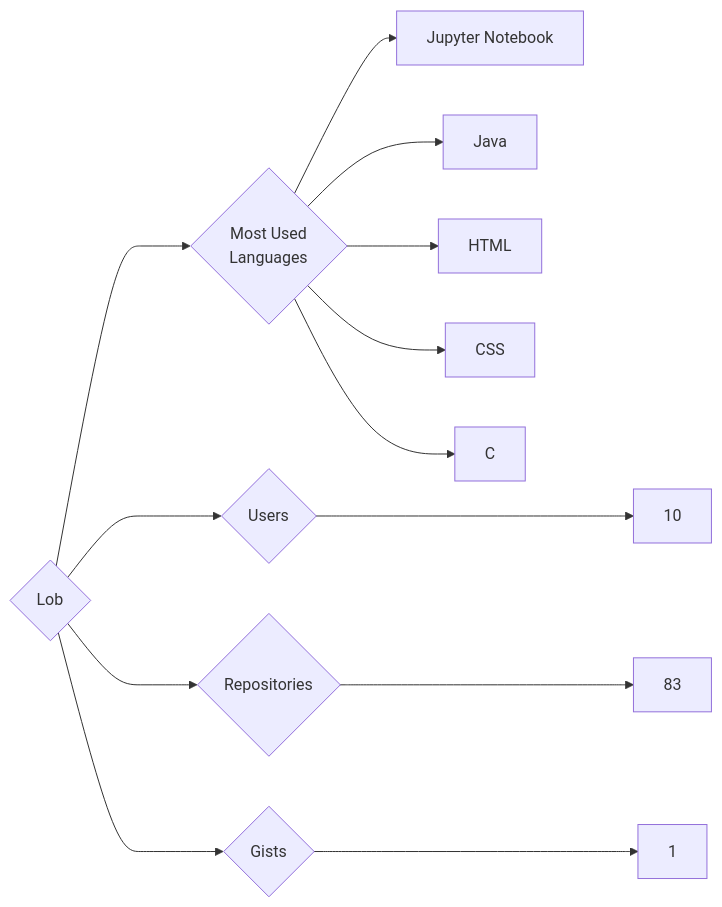
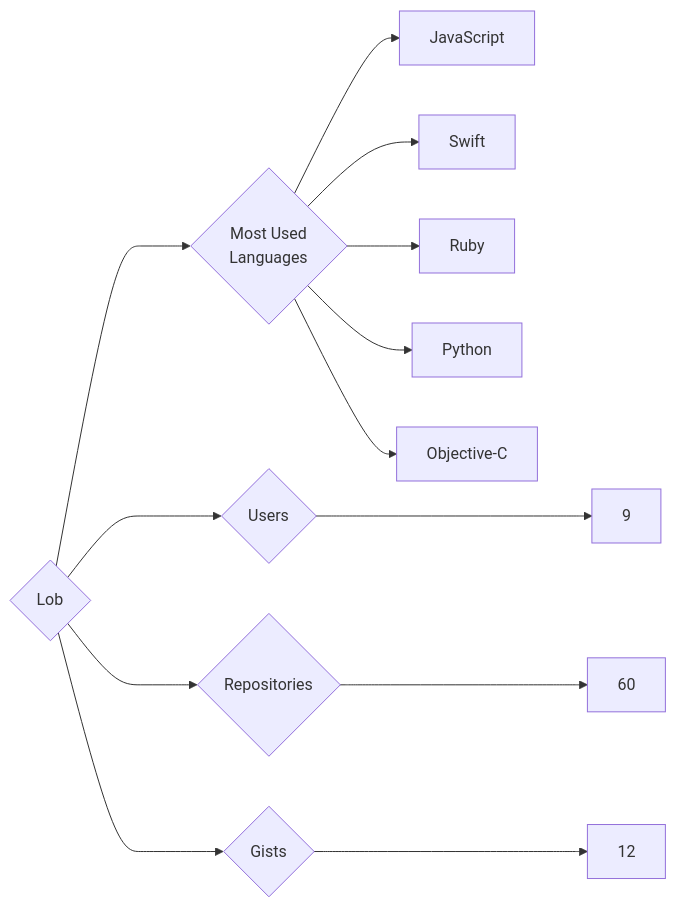
The diagram in targets/Lob/README.md (trickest/insiders), drawn with Mermaid before and after one commit. The commit also changed 837 other files, not shown here.

````diff
--- a/targets/Lob/README.md
+++ b/targets/Lob/README.md
@@ -3,13 +3,13 @@
 ```mermaid
 graph LR
 COMPANY_NAME{Lob}
-COMPANY_NAME ---> U{Users} ---> UN[10]
-COMPANY_NAME ---> R{Repositories} ---> RN[83]
-COMPANY_NAME ---> G{Gists} ---> GN[1]
+COMPANY_NAME ---> U{Users} ---> UN[9]
+COMPANY_NAME ---> R{Repositories} ---> RN[60]
+COMPANY_NAME ---> G{Gists} ---> GN[12]
 COMPANY_NAME ---> ML{Most Used<br>Languages}
-ML --> Jupyter_Notebook[Jupyter Notebook]
-ML --> Java[Java]
-ML --> HTML[HTML]
-ML --> CSS[CSS]
-ML --> C[C]
+ML --> JavaScript[JavaScript]
+ML --> Swift[Swift]
+ML --> Ruby[Ruby]
+ML --> Python[Python]
+ML --> Objective-C[Objective-C]
 ```
````
